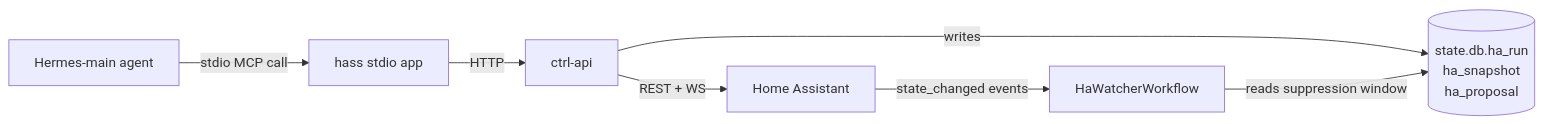
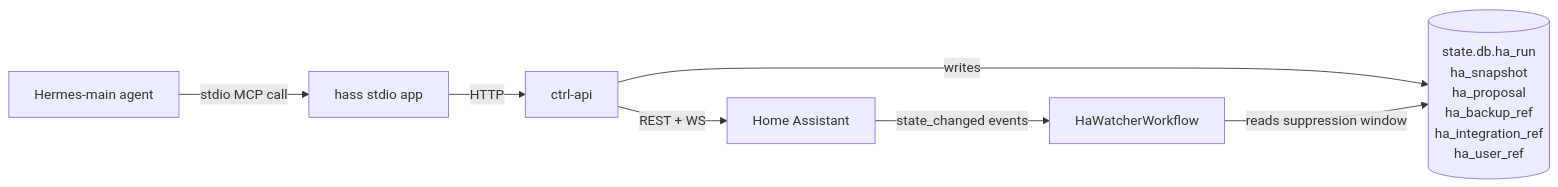
Before and after one commit to ssdavidai/alfred-docs: the diagram in mcp-reference/hass.mdx, drawn with Mermaid. The commit also changed other lines of this file and 5 other files, not shown here.

````diff
--- a/mcp-reference/hass.mdx
+++ b/mcp-reference/hass.mdx
@@ -233,9 +653,9 @@
 ```mermaid
 flowchart LR
  Agent[Hermes-main agent] -->|stdio MCP call| App[hass stdio app]
  App -->|HTTP| Ctrl[ctrl-api]
  Ctrl -->|REST + WS| HA[Home Assistant]
- Ctrl -->|writes| State[(state.db.ha_run<br/>ha_snapshot<br/>ha_proposal)]
+ Ctrl -->|writes| State[(state.db.ha_run<br/>ha_snapshot<br/>ha_proposal<br/>ha_backup_ref<br/>ha_integration_ref<br/>ha_user_ref)]
  HA -->|state_changed events| Watcher[HaWatcherWorkflow]
  Watcher -->|reads suppression window| State
 ```
````
